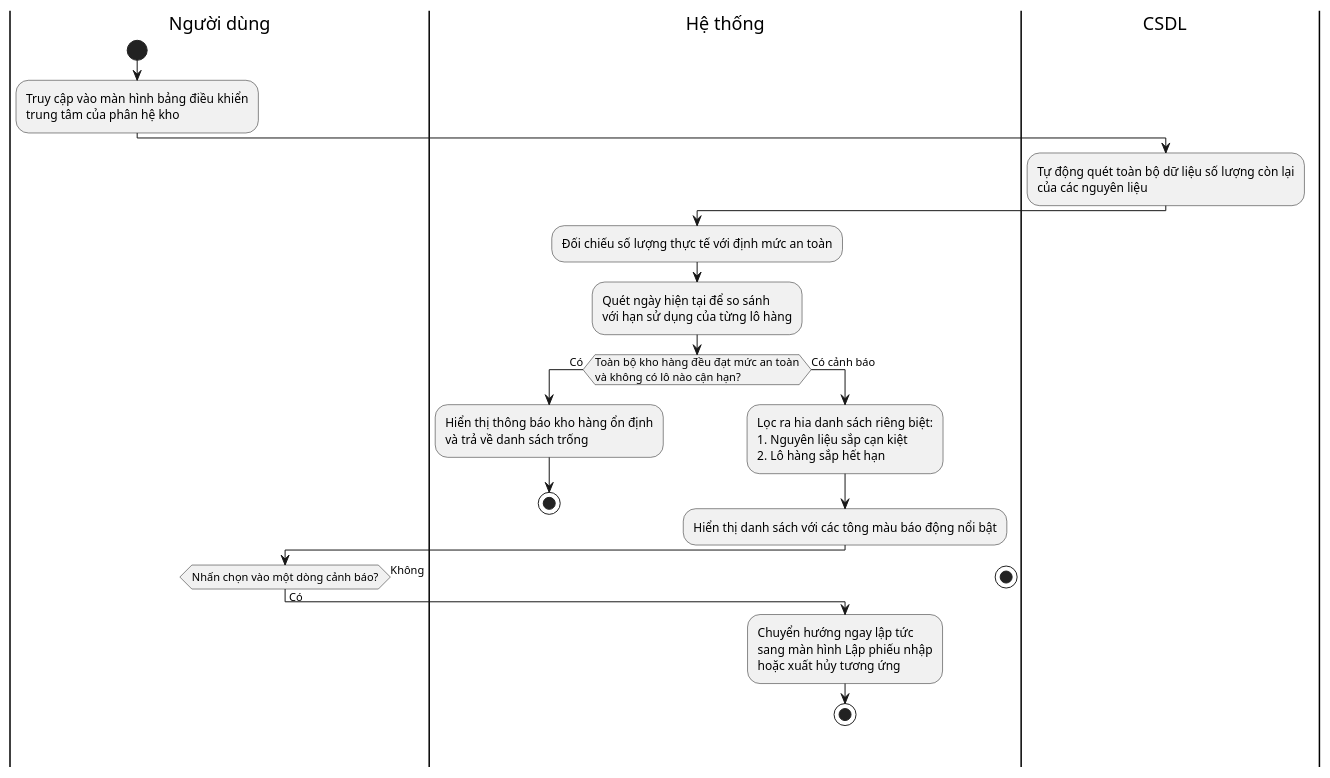
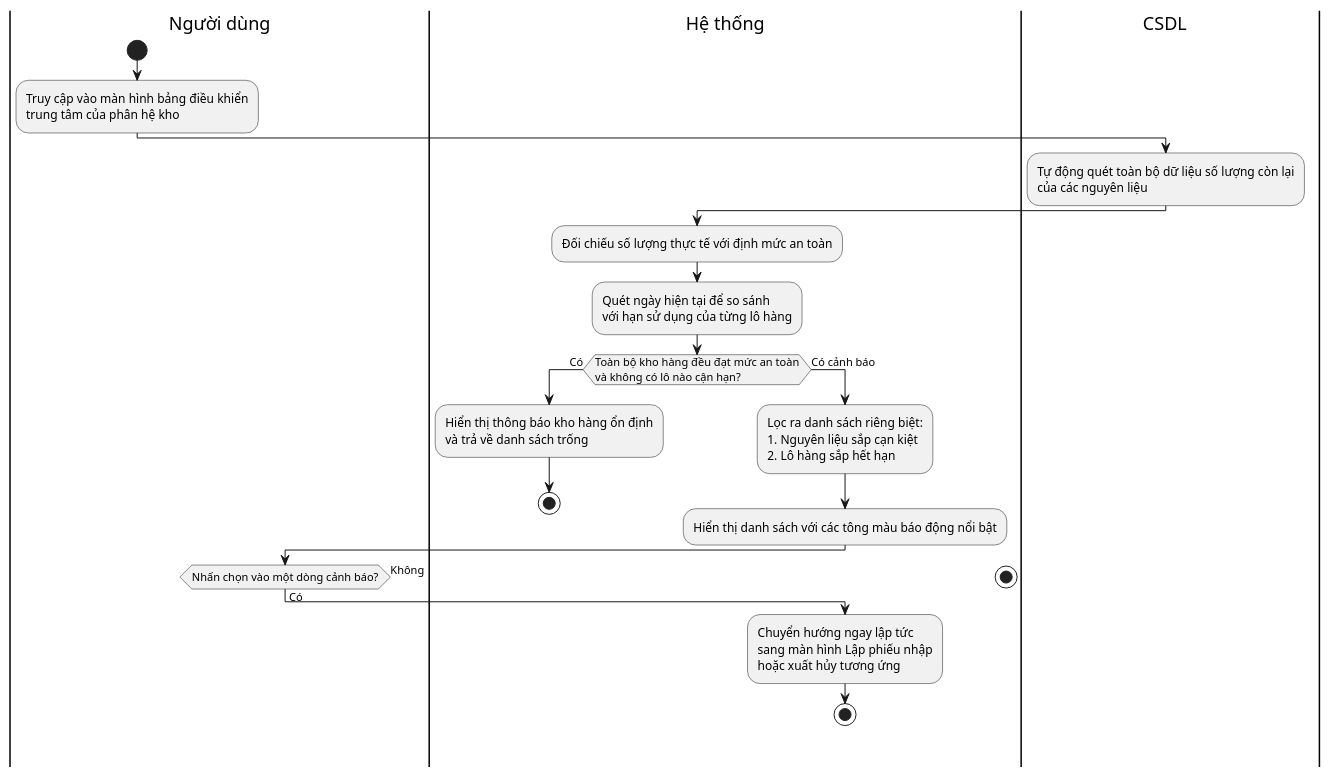
The diagram in activity_diagrams/28_CanhBaoTonKho.puml (lancelotviendangkhoa710/IS-System-Development), drawn with PlantUML before and after one commit. The commit also changed 45 other files, not shown here.

```diff
--- a/activity_diagrams/28_CanhBaoTonKho.puml
+++ b/activity_diagrams/28_CanhBaoTonKho.puml
@@ -1,36 +1,36 @@
 @startuml
 skinparam ranksep 80
 skinparam swimlaneWidth 140
 skinparam shadowing false
 skinparam ActivityShape rounded
 skinparam linetype ortho
 
 |Người dùng|
 |Hệ thống|
 |CSDL|
 
 |Người dùng|
 start
 :Truy cập vào màn hình bảng điều khiển\ntrung tâm của phân hệ kho;
 |Hệ thống|
 |CSDL|
 :Tự động quét toàn bộ dữ liệu số lượng còn lại\ncủa các nguyên liệu;
 |Hệ thống|
 :Đối chiếu số lượng thực tế với định mức an toàn;
 :Quét ngày hiện tại để so sánh\nvới hạn sử dụng của từng lô hàng;
 if (Toàn bộ kho hàng đều đạt mức an toàn\nvà không có lô nào cận hạn?) then (Có)
   :Hiển thị thông báo kho hàng ổn định\nvà trả về danh sách trống;
   stop
 else (Có cảnh báo)
-  :Lọc ra hia danh sách riêng biệt:\n1. Nguyên liệu sắp cạn kiệt\n2. Lô hàng sắp hết hạn;
+  :Lọc ra danh sách riêng biệt:\n1. Nguyên liệu sắp cạn kiệt\n2. Lô hàng sắp hết hạn;
   :Hiển thị danh sách với các tông màu báo động nổi bật;
   |Người dùng|
   if (Nhấn chọn vào một dòng cảnh báo?) then (Có)
     |Hệ thống|
     :Chuyển hướng ngay lập tức\nsang màn hình Lập phiếu nhập\nhoặc xuất hủy tương ứng;
     stop
   else (Không)
     stop
   endif
 endif
 @enduml
```
